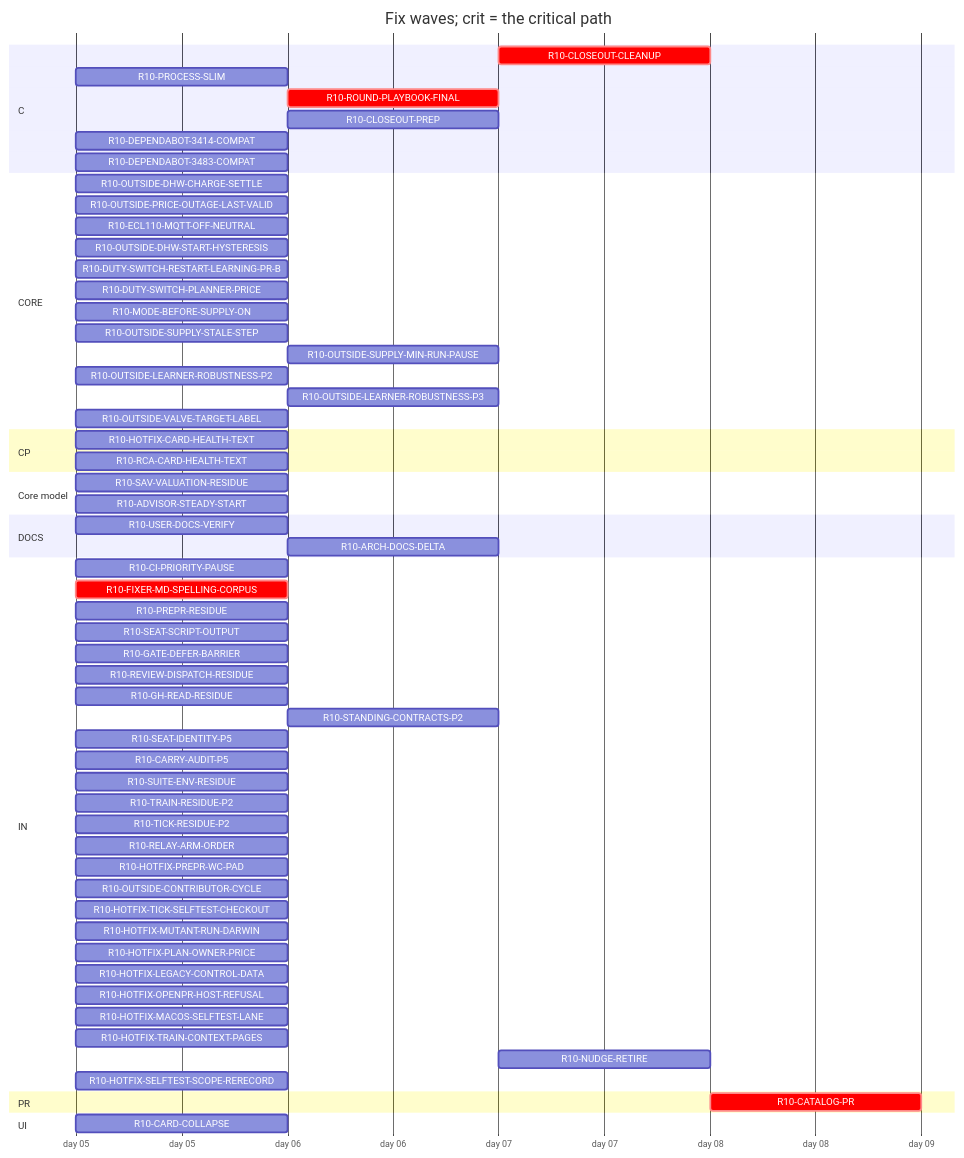
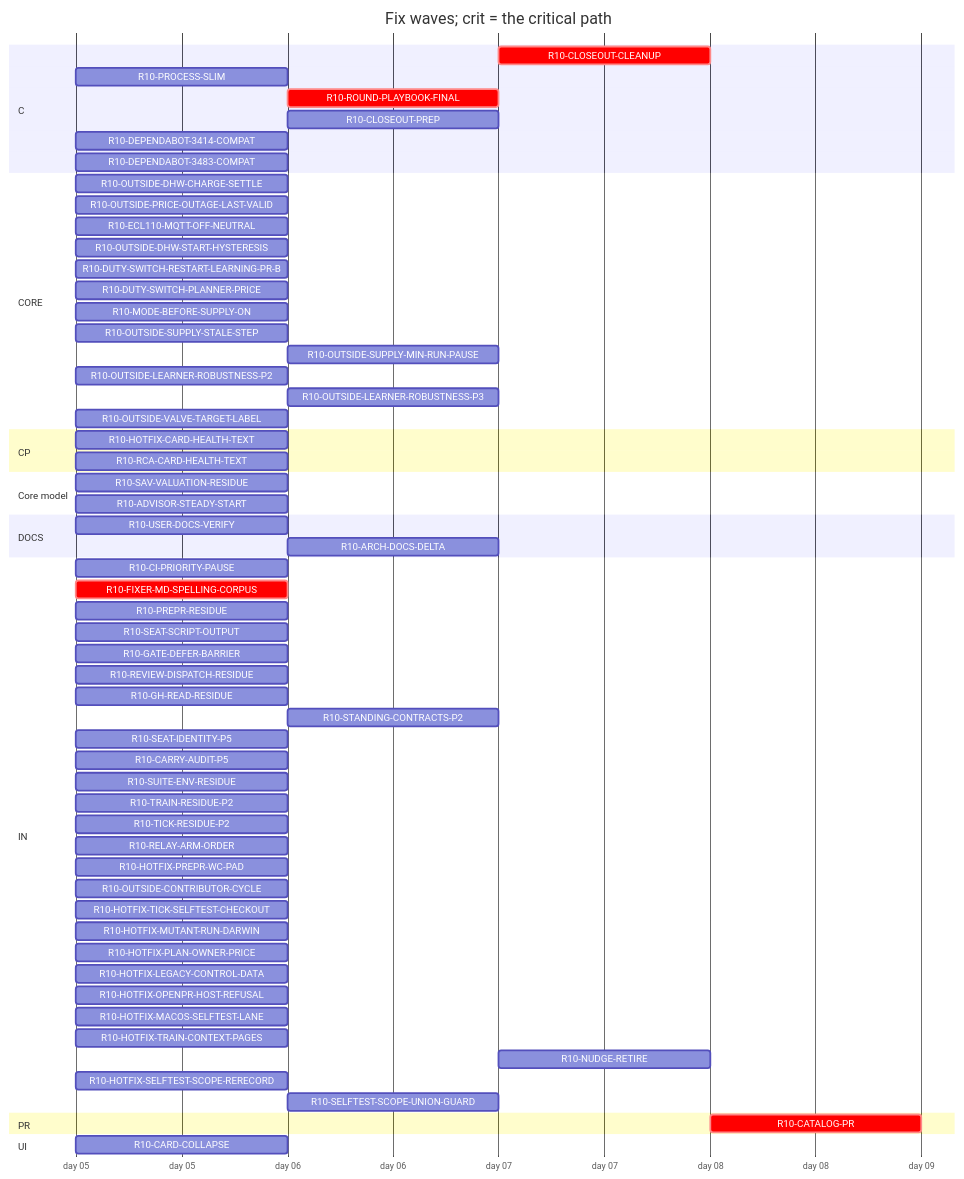
One commit to tvofi/heatpump_optimizer changed the diagram in handoff/round10/state/PLAN-TABLE.md. Above: the diagram before and after it, drawn with Mermaid. The commit also changed other lines of this file and 2 other files, not shown here.

Commit message:
state: FLOW-BOARD.md, NEXT-SESSION-PROMPT.md, PLAN-TABLE.md, RESUME-CURRENT.md regenerated (state_docs.py)

````diff
--- a/handoff/round10/state/PLAN-TABLE.md
+++ b/handoff/round10/state/PLAN-TABLE.md
@@ -21,65 +21,66 @@
 ```mermaid
 gantt
   title Fix waves; crit = the critical path
   dateFormat YYYY-MM-DD
   axisFormat day %d
   section C
     R10-CLOSEOUT-CLEANUP :crit, r10CLOSEOUTCLEANUP, after r10USERDOCSVERIFY r10ROUNDPLAYBOOKFINAL r10CLOSEOUTPREP r10ARCHDOCSDELTA, 1d
     R10-PROCESS-SLIM :r10PROCESSSLIM, 2026-01-05, 1d
     R10-ROUND-PLAYBOOK-FINAL :crit, r10ROUNDPLAYBOOKFINAL, after r10FIXERMDSPELLINGCORPUS, 1d
     R10-CLOSEOUT-PREP :r10CLOSEOUTPREP, after r10FIXERMDSPELLINGCORPUS, 1d
     R10-DEPENDABOT-3414-COMPAT :r10DEPENDABOT3414COMPAT, 2026-01-05, 1d
     R10-DEPENDABOT-3483-COMPAT :r10DEPENDABOT3483COMPAT, 2026-01-05, 1d
   section CORE
     R10-OUTSIDE-DHW-CHARGE-SETTLE :r10OUTSIDEDHWCHARGESETTLE, 2026-01-05, 1d
     R10-OUTSIDE-PRICE-OUTAGE-LAST-VALID :r10OUTSIDEPRICEOUTAGELASTVALID, 2026-01-05, 1d
     R10-ECL110-MQTT-OFF-NEUTRAL :r10ECL110MQTTOFFNEUTRAL, 2026-01-05, 1d
     R10-OUTSIDE-DHW-START-HYSTERESIS :r10OUTSIDEDHWSTARTHYSTERESIS, 2026-01-05, 1d
     R10-DUTY-SWITCH-RESTART-LEARNING-PR-B :r10DUTYSWITCHRESTARTLEARNINGPRB, 2026-01-05, 1d
     R10-DUTY-SWITCH-PLANNER-PRICE :r10DUTYSWITCHPLANNERPRICE, 2026-01-05, 1d
     R10-MODE-BEFORE-SUPPLY-ON :r10MODEBEFORESUPPLYON, 2026-01-05, 1d
     R10-OUTSIDE-SUPPLY-STALE-STEP :r10OUTSIDESUPPLYSTALESTEP, 2026-01-05, 1d
     R10-OUTSIDE-SUPPLY-MIN-RUN-PAUSE :r10OUTSIDESUPPLYMINRUNPAUSE, after r10OUTSIDESUPPLYSTALESTEP, 1d
     R10-OUTSIDE-LEARNER-ROBUSTNESS-P2 :r10OUTSIDELEARNERROBUSTNESSP2, 2026-01-05, 1d
     R10-OUTSIDE-LEARNER-ROBUSTNESS-P3 :r10OUTSIDELEARNERROBUSTNESSP3, after r10OUTSIDELEARNERROBUSTNESSP2, 1d
     R10-OUTSIDE-VALVE-TARGET-LABEL :r10OUTSIDEVALVETARGETLABEL, 2026-01-05, 1d
   section CP
     R10-HOTFIX-CARD-HEALTH-TEXT :r10HOTFIXCARDHEALTHTEXT, 2026-01-05, 1d
     R10-RCA-CARD-HEALTH-TEXT :r10RCACARDHEALTHTEXT, 2026-01-05, 1d
   section Core model
     R10-SAV-VALUATION-RESIDUE :r10SAVVALUATIONRESIDUE, 2026-01-05, 1d
     R10-ADVISOR-STEADY-START :r10ADVISORSTEADYSTART, 2026-01-05, 1d
   section DOCS
     R10-USER-DOCS-VERIFY :r10USERDOCSVERIFY, 2026-01-05, 1d
     R10-ARCH-DOCS-DELTA :r10ARCHDOCSDELTA, after r10SAVVALUATIONRESIDUE r10ADVISORSTEADYSTART r10PROCESSSLIM, 1d
   section IN
     R10-CI-PRIORITY-PAUSE :r10CIPRIORITYPAUSE, 2026-01-05, 1d
     R10-FIXER-MD-SPELLING-CORPUS :crit, r10FIXERMDSPELLINGCORPUS, 2026-01-05, 1d
     R10-PREPR-RESIDUE :r10PREPRRESIDUE, 2026-01-05, 1d
     R10-SEAT-SCRIPT-OUTPUT :r10SEATSCRIPTOUTPUT, 2026-01-05, 1d
     R10-GATE-DEFER-BARRIER :r10GATEDEFERBARRIER, 2026-01-05, 1d
     R10-REVIEW-DISPATCH-RESIDUE :r10REVIEWDISPATCHRESIDUE, 2026-01-05, 1d
     R10-GH-READ-RESIDUE :r10GHREADRESIDUE, 2026-01-05, 1d
     R10-STANDING-CONTRACTS-P2 :r10STANDINGCONTRACTSP2, after r10FIXERMDSPELLINGCORPUS, 1d
     R10-SEAT-IDENTITY-P5 :r10SEATIDENTITYP5, 2026-01-05, 1d
     R10-CARRY-AUDIT-P5 :r10CARRYAUDITP5, 2026-01-05, 1d
     R10-SUITE-ENV-RESIDUE :r10SUITEENVRESIDUE, 2026-01-05, 1d
     R10-TRAIN-RESIDUE-P2 :r10TRAINRESIDUEP2, 2026-01-05, 1d
     R10-TICK-RESIDUE-P2 :r10TICKRESIDUEP2, 2026-01-05, 1d
     R10-RELAY-ARM-ORDER :r10RELAYARMORDER, 2026-01-05, 1d
     R10-HOTFIX-PREPR-WC-PAD :r10HOTFIXPREPRWCPAD, 2026-01-05, 1d
     R10-OUTSIDE-CONTRIBUTOR-CYCLE :r10OUTSIDECONTRIBUTORCYCLE, 2026-01-05, 1d
     R10-HOTFIX-TICK-SELFTEST-CHECKOUT :r10HOTFIXTICKSELFTESTCHECKOUT, 2026-01-05, 1d
     R10-HOTFIX-MUTANT-RUN-DARWIN :r10HOTFIXMUTANTRUNDARWIN, 2026-01-05, 1d
     R10-HOTFIX-PLAN-OWNER-PRICE :r10HOTFIXPLANOWNERPRICE, 2026-01-05, 1d
     R10-HOTFIX-LEGACY-CONTROL-DATA :r10HOTFIXLEGACYCONTROLDATA, 2026-01-05, 1d
     R10-HOTFIX-OPENPR-HOST-REFUSAL :r10HOTFIXOPENPRHOSTREFUSAL, 2026-01-05, 1d
     R10-HOTFIX-MACOS-SELFTEST-LANE :r10HOTFIXMACOSSELFTESTLANE, 2026-01-05, 1d
     R10-HOTFIX-TRAIN-CONTEXT-PAGES :r10HOTFIXTRAINCONTEXTPAGES, 2026-01-05, 1d
     R10-NUDGE-RETIRE :r10NUDGERETIRE, after r10ROUNDPLAYBOOKFINAL, 1d
     R10-HOTFIX-SELFTEST-SCOPE-RERECORD :r10HOTFIXSELFTESTSCOPERERECORD, 2026-01-05, 1d
+    R10-SELFTEST-SCOPE-UNION-GUARD :r10SELFTESTSCOPEUNIONGUARD, after r10HOTFIXSELFTESTSCOPERERECORD, 1d
   section PR
     R10-CATALOG-PR :crit, r10CATALOGPR, after r10USERDOCSVERIFY r10ROUNDPLAYBOOKFINAL r10CLOSEOUTCLEANUP r10CLOSEOUTPREP r10ARCHDOCSDELTA, 1d
   section UI
     R10-CARD-COLLAPSE :r10CARDCOLLAPSE, 2026-01-05, 1d
 ```
````
